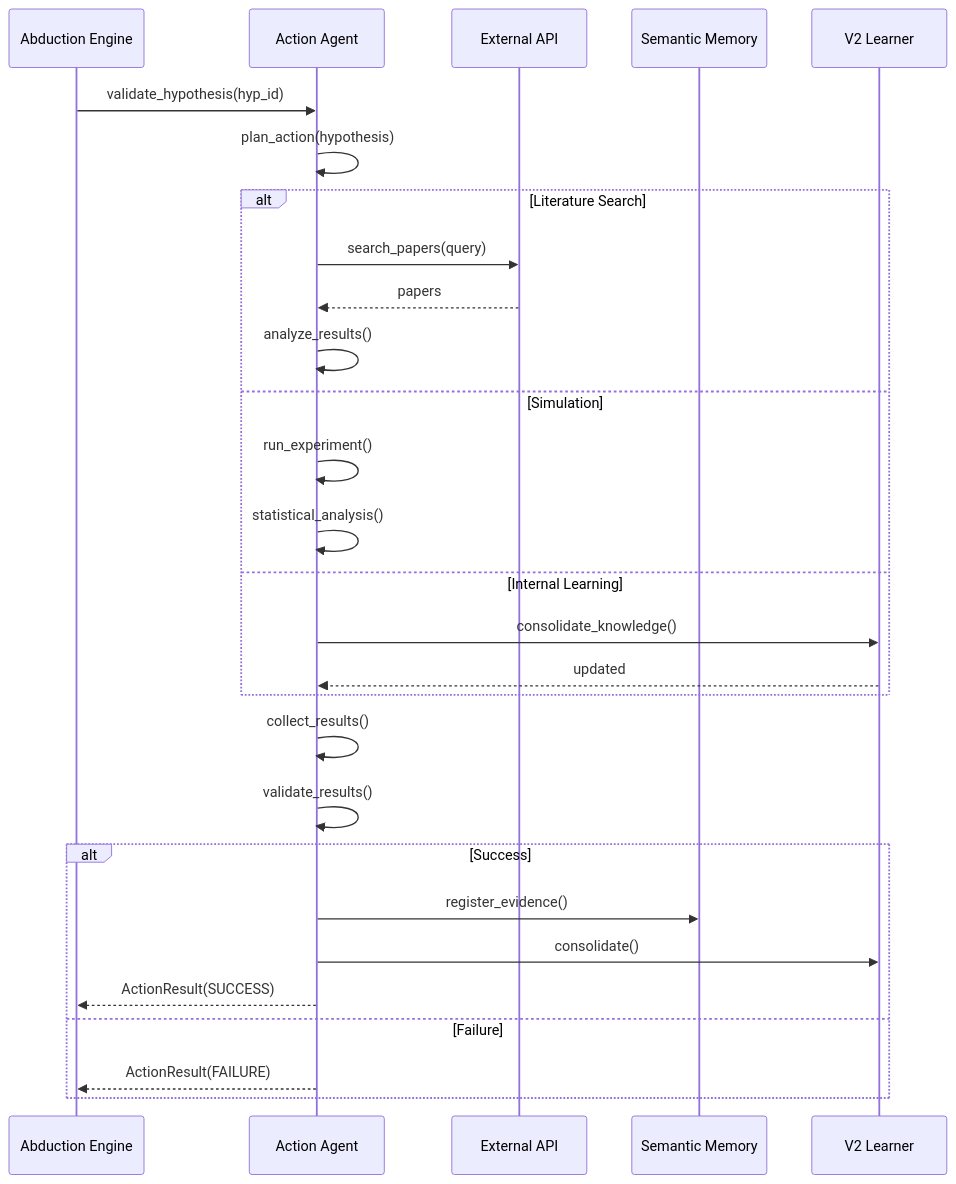
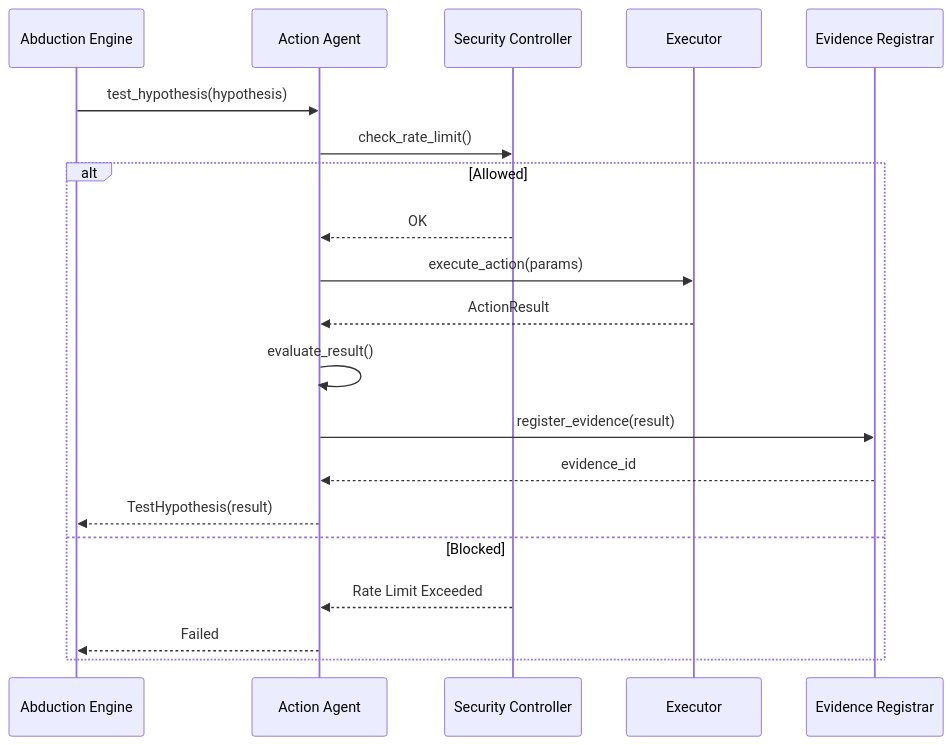
Before and after one commit to GAndreuu/Prototype-Alexandria: the second of 2 diagrams in docs/modules/06_action_agent.md, drawn with Mermaid. The commit also changed other lines of this file and 14 other files, not shown here.

````diff
--- a/docs/modules/06_action_agent.md
+++ b/docs/modules/06_action_agent.md
@@ -162,34 +84,26 @@
 ```mermaid
 sequenceDiagram
     participant Abd as Abduction Engine
     participant AA as Action Agent
-    participant API as External API
-    participant SFS as Semantic Memory
-    participant V2 as V2 Learner
+    participant SC as Security Controller
+    participant Exec as Executor
+    participant ER as Evidence Registrar
     
-    Abd->>AA: validate_hypothesis(hyp_id)
-    AA->>AA: plan_action(hypothesis)
+    Abd->>AA: test_hypothesis(hypothesis)
+    AA->>SC: check_rate_limit()
     
-    alt Literature Search
-        AA->>API: search_papers(query)
-        API-->>AA: papers
-        AA->>AA: analyze_results()
-    else Simulation
-        AA->>AA: run_experiment()
-        AA->>AA: statistical_analysis()
-    else Internal Learning
-        AA->>V2: consolidate_knowledge()
-        V2-->>AA: updated
-    end
-    
-    AA->>AA: collect_results()
-    AA->>AA: validate_results()
-    
-    alt Success
-        AA->>SFS: register_evidence()
-        AA->>V2: consolidate()
-        AA-->>Abd: ActionResult(SUCCESS)
-    else Failure
-        AA-->>Abd: ActionResult(FAILURE)
+    alt Allowed
+        SC-->>AA: OK
+        AA->>Exec: execute_action(params)
+        Exec-->>AA: ActionResult
+        
+        AA->>AA: evaluate_result()
+        AA->>ER: register_evidence(result)
+        ER-->>AA: evidence_id
+        
+        AA-->>Abd: TestHypothesis(result)
+    else Blocked
+        SC-->>AA: Rate Limit Exceeded
+        AA-->>Abd: Failed
     end
 ```
````
